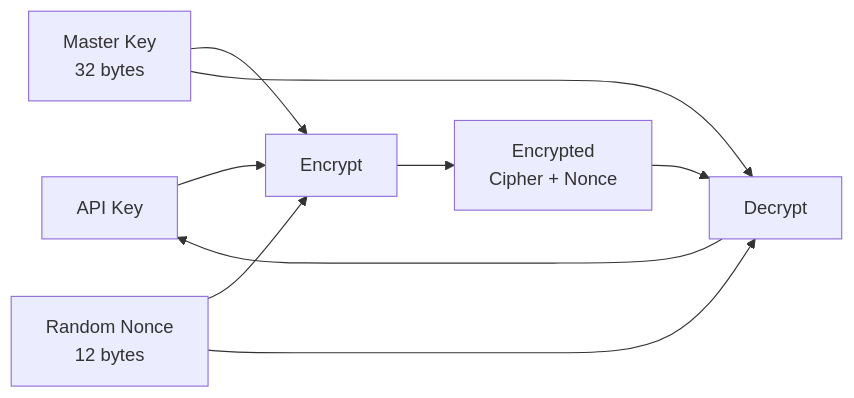
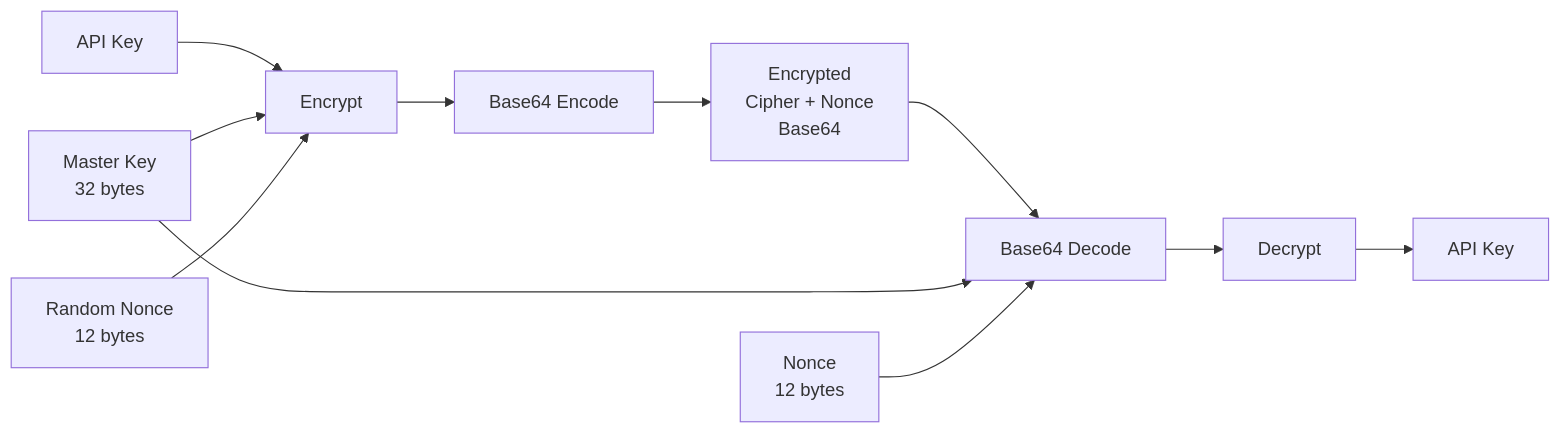
Before and after one commit to dkmnx/pyx: the third of 4 diagrams in docs/architecture.md, drawn with Mermaid. The commit also changed other lines of this file, not shown here.

````diff
--- a/docs/architecture.md
+++ b/docs/architecture.md
@@ -115,14 +116,16 @@
 ```mermaid
 graph LR
     Plaintext[API Key] --> Encrypt
     Key[Master Key<br/>32 bytes] --> Encrypt
     Nonce[Random Nonce<br/>12 bytes] --> Encrypt
 
-    Encrypt --> Ciphertext[Encrypted<br/>Cipher + Nonce]
+    Encrypt --> Base64Encode[Base64 Encode]
+    Base64Encode --> Ciphertext[Encrypted<br/>Cipher + Nonce<br/>Base64]
 
-    Ciphertext --> Decrypt
-    Key --> Decrypt
-    Nonce --> Decrypt
+    Ciphertext --> Base64Decode[Base64 Decode]
+    Key --> Base64Decode
+    Nonce2[Nonce<br/>12 bytes] --> Base64Decode
 
-    Decrypt --> Plaintext
+    Base64Decode --> Decrypt
+    Decrypt --> Plaintext2[API Key]
 ```
````
